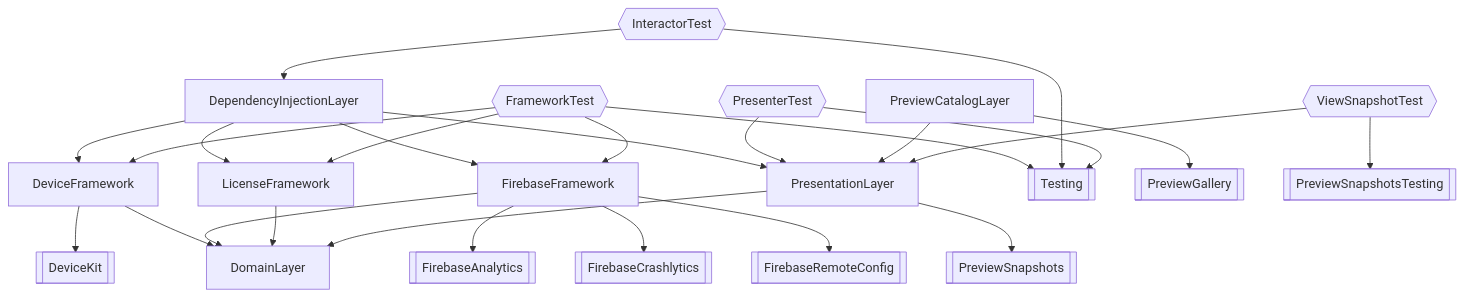
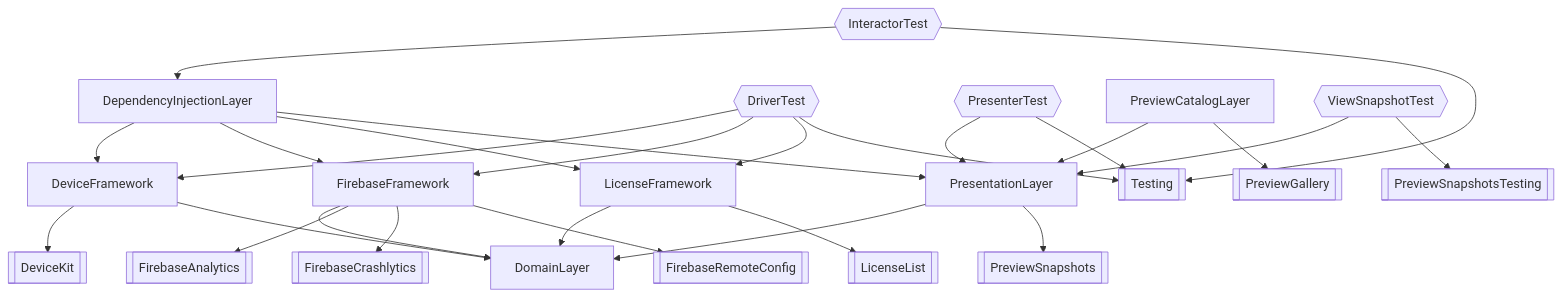
One commit to suguruTakahashi-1234/fia-practical-sample changed the diagram in asset/mermaid/all_targets.mmd. Above: the diagram before and after it, drawn with Mermaid. The commit also changed 9 other files, not shown here.

Commit message:
【LicenseList】LicensesPlugin -> LicenseList #140

```diff
--- a/asset/mermaid/all_targets.mmd
+++ b/asset/mermaid/all_targets.mmd
@@ -1,27 +1,28 @@
 flowchart TD
     DependencyInjectionLayer-->DeviceFramework
     DependencyInjectionLayer-->FirebaseFramework
     DependencyInjectionLayer-->LicenseFramework
     DependencyInjectionLayer-->PresentationLayer
     DeviceFramework-->DeviceKit[[DeviceKit]]
     DeviceFramework-->DomainLayer
     DomainLayer
+    DriverTest{{DriverTest}}-->DeviceFramework
+    DriverTest{{DriverTest}}-->FirebaseFramework
+    DriverTest{{DriverTest}}-->LicenseFramework
+    DriverTest{{DriverTest}}-->Testing[[Testing]]
     FirebaseFramework-->DomainLayer
     FirebaseFramework-->FirebaseAnalytics[[FirebaseAnalytics]]
     FirebaseFramework-->FirebaseCrashlytics[[FirebaseCrashlytics]]
     FirebaseFramework-->FirebaseRemoteConfig[[FirebaseRemoteConfig]]
-    FrameworkTest{{FrameworkTest}}-->DeviceFramework
-    FrameworkTest{{FrameworkTest}}-->FirebaseFramework
-    FrameworkTest{{FrameworkTest}}-->LicenseFramework
-    FrameworkTest{{FrameworkTest}}-->Testing[[Testing]]
     InteractorTest{{InteractorTest}}-->DependencyInjectionLayer
     InteractorTest{{InteractorTest}}-->Testing[[Testing]]
     LicenseFramework-->DomainLayer
+    LicenseFramework-->LicenseList[[LicenseList]]
     PresentationLayer-->DomainLayer
     PresentationLayer-->PreviewSnapshots[[PreviewSnapshots]]
     PresenterTest{{PresenterTest}}-->PresentationLayer
     PresenterTest{{PresenterTest}}-->Testing[[Testing]]
     PreviewCatalogLayer-->PresentationLayer
     PreviewCatalogLayer-->PreviewGallery[[PreviewGallery]]
     ViewSnapshotTest{{ViewSnapshotTest}}-->PresentationLayer
     ViewSnapshotTest{{ViewSnapshotTest}}-->PreviewSnapshotsTesting[[PreviewSnapshotsTesting]]
```
